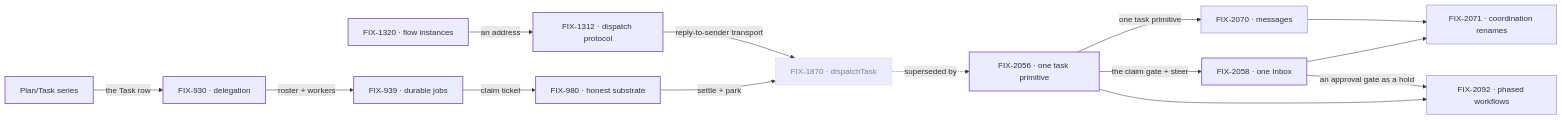
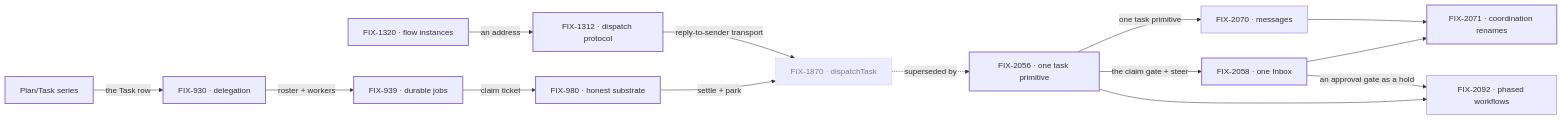
The diagram in spec/_projects/orchestration-primitives/SPEC.md (fixpoint-labs/flow-state-dev), drawn with Mermaid before and after one commit. The commit also changed other lines of this file and 3 other files, not shown here.

````diff
--- a/spec/_projects/orchestration-primitives/SPEC.md
+++ b/spec/_projects/orchestration-primitives/SPEC.md
@@ -46,20 +46,20 @@
 ```mermaid
 flowchart LR
   PT["Plan/Task series"] -->|"the Task row"| D930["FIX-930 · delegation"]
   D930 -->|"roster + workers"| D939["FIX-939 · durable jobs"]
   D939 -->|"claim ticket"| D980["FIX-980 · honest substrate"]
   D1320["FIX-1320 · flow instances"] -->|"an address"| D1312["FIX-1312 · dispatch protocol"]
   D980 -->|"settle + park"| D1870["FIX-1870 · dispatchTask"]
   D1312 -->|"reply-to-sender transport"| D1870
   D1870 -.->|"superseded by"| D2056["FIX-2056 · one task primitive"]
   D2056 -->|"the claim gate + steer"| D2058["FIX-2058 · one Inbox"]
   D2056 -->|"one task primitive"| D2070["FIX-2070 · messages"]
   D2058 --> D2071["FIX-2071 · coordination renames"]
   D2070 --> D2071
   D2056 --> D2092["FIX-2092 · phased workflows"]
   D2058 -->|"an approval gate as a hold"| D2092
   classDef done stroke-width:2px
   classDef canceled stroke-dasharray:1 3,color:#7A828B
-  class PT,D930,D939,D980,D1320,D1312,D2056,D2058 done
+  class PT,D930,D939,D980,D1320,D1312,D2056,D2058,D2071 done
   class D1870 canceled
 ```
````
